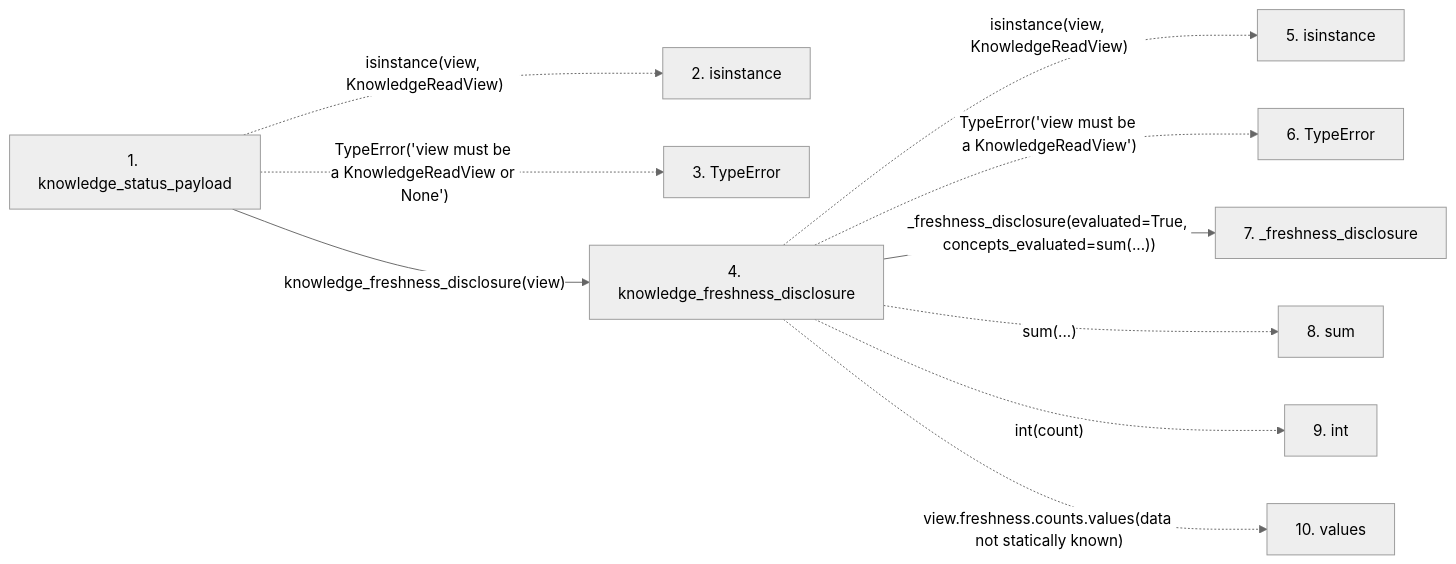
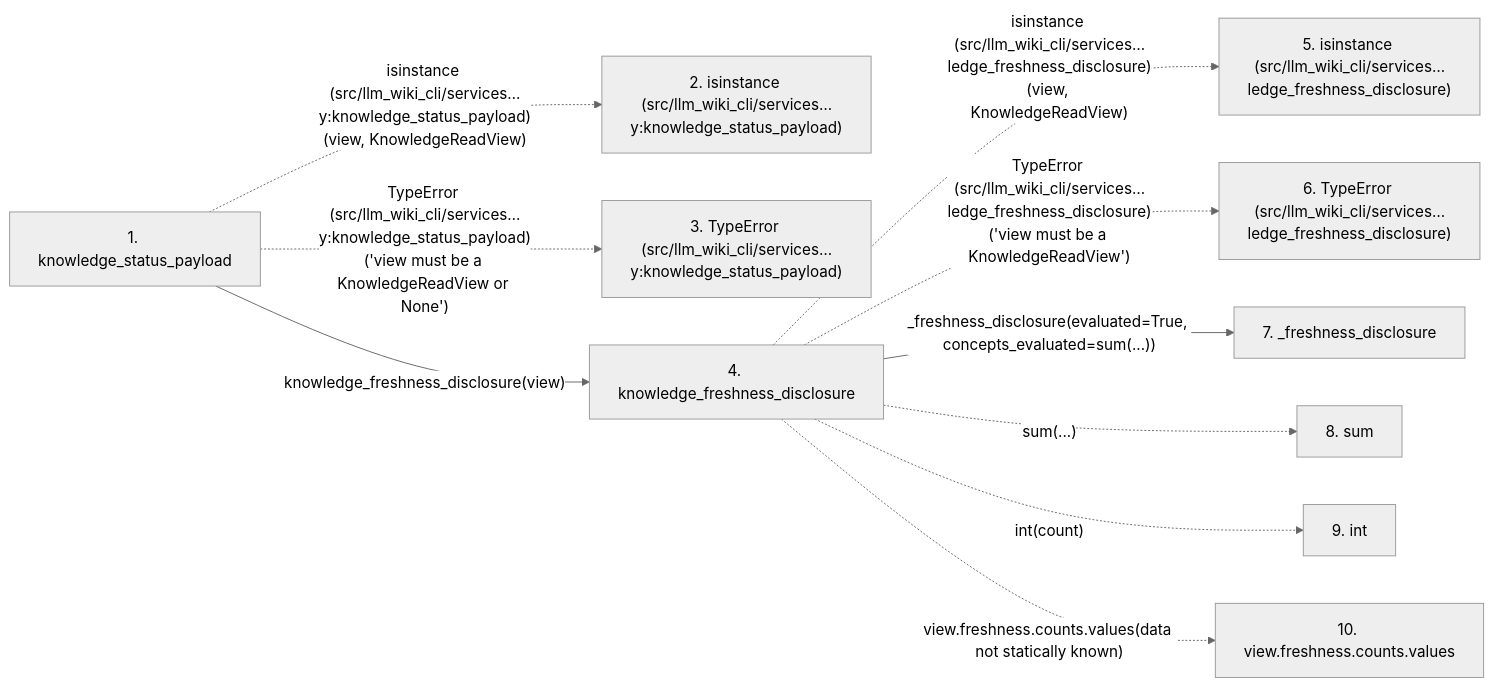
Before and after one commit to Denissvgn/python-wiki-llm: the second of 2 diagrams in docs/llm_wiki/flows/api-knowledge_status_payload.md, drawn with Mermaid (neutral theme). The commit also changed other lines of this file and 719 other files, not shown here.

````diff
--- a/docs/llm_wiki/flows/api-knowledge_status_payload.md
+++ b/docs/llm_wiki/flows/api-knowledge_status_payload.md
@@ -34,25 +36,25 @@
 ```mermaid
 flowchart LR
     s1["1. knowledge_status_payload"]
-    s2["2. isinstance"]
-    s3["3. TypeError"]
+    s2["2. isinstance (src/llm_wiki_cli/services…y:knowledge_status_payload)"]
+    s3["3. TypeError (src/llm_wiki_cli/services…y:knowledge_status_payload)"]
     s4["4. knowledge_freshness_disclosure"]
-    s5["5. isinstance"]
-    s6["6. TypeError"]
+    s5["5. isinstance (src/llm_wiki_cli/services…ledge_freshness_disclosure)"]
+    s6["6. TypeError (src/llm_wiki_cli/services…ledge_freshness_disclosure)"]
     s7["7. _freshness_disclosure"]
     s8["8. sum"]
     s9["9. int"]
-    s10["10. values"]
-    s1 -. "isinstance(view, KnowledgeReadView)" .-> s2
-    s1 -. "TypeError('view must be a KnowledgeReadView or None')" .-> s3
+    s10["10. view.freshness.counts.values"]
+    s1 -. "isinstance (src/llm_wiki_cli/services…y:knowledge_status_payload)(view, KnowledgeReadView)" .-> s2
+    s1 -. "TypeError (src/llm_wiki_cli/services…y:knowledge_status_payload)('view must be a KnowledgeReadView or None')" .-> s3
     s1 -->|"knowledge_freshness_disclosure(view)"| s4
-    s4 -. "isinstance(view, KnowledgeReadView)" .-> s5
-    s4 -. "TypeError('view must be a KnowledgeReadView')" .-> s6
+    s4 -. "isinstance (src/llm_wiki_cli/services…ledge_freshness_disclosure)(view, KnowledgeReadView)" .-> s5
+    s4 -. "TypeError (src/llm_wiki_cli/services…ledge_freshness_disclosure)('view must be a KnowledgeReadView')" .-> s6
     s4 -->|"_freshness_disclosure(evaluated=True, concepts_evaluated=sum(...))"| s7
     s4 -. "sum(...)" .-> s8
     s4 -. "int(count)" .-> s9
     s4 -. "view.freshness.counts.values(data not statically known)" .-> s10
     click s1 "../modules/knowledge_observability.md"
     click s4 "../modules/knowledge_observability.md"
     click s7 "../modules/knowledge_observability.md"
 ```
````
